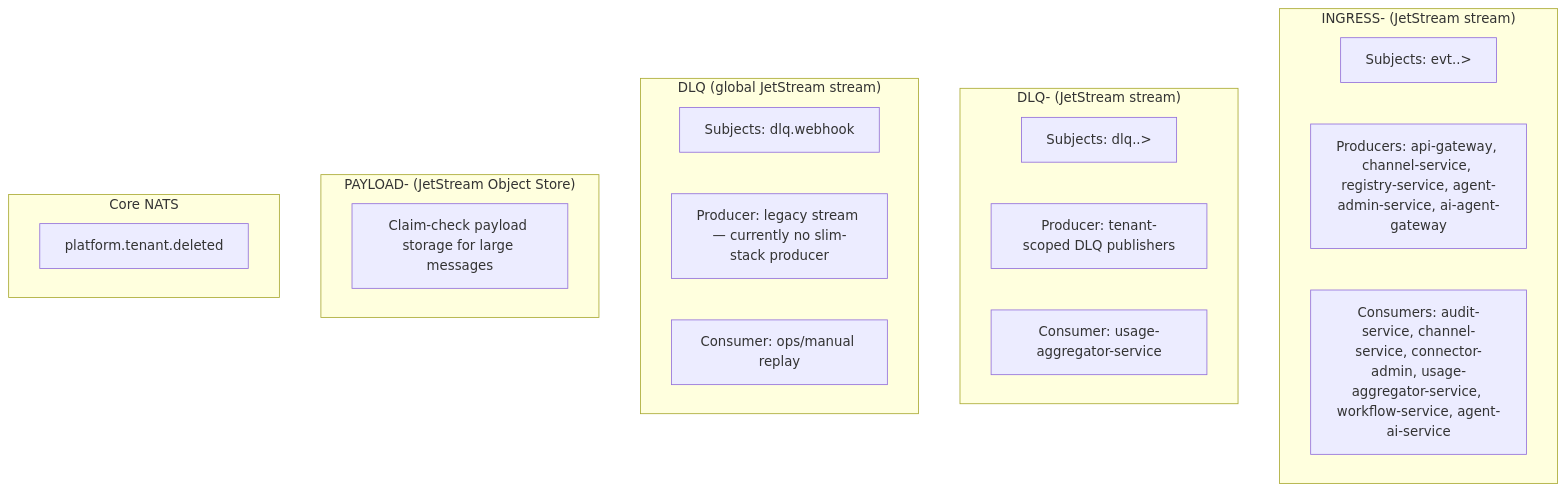
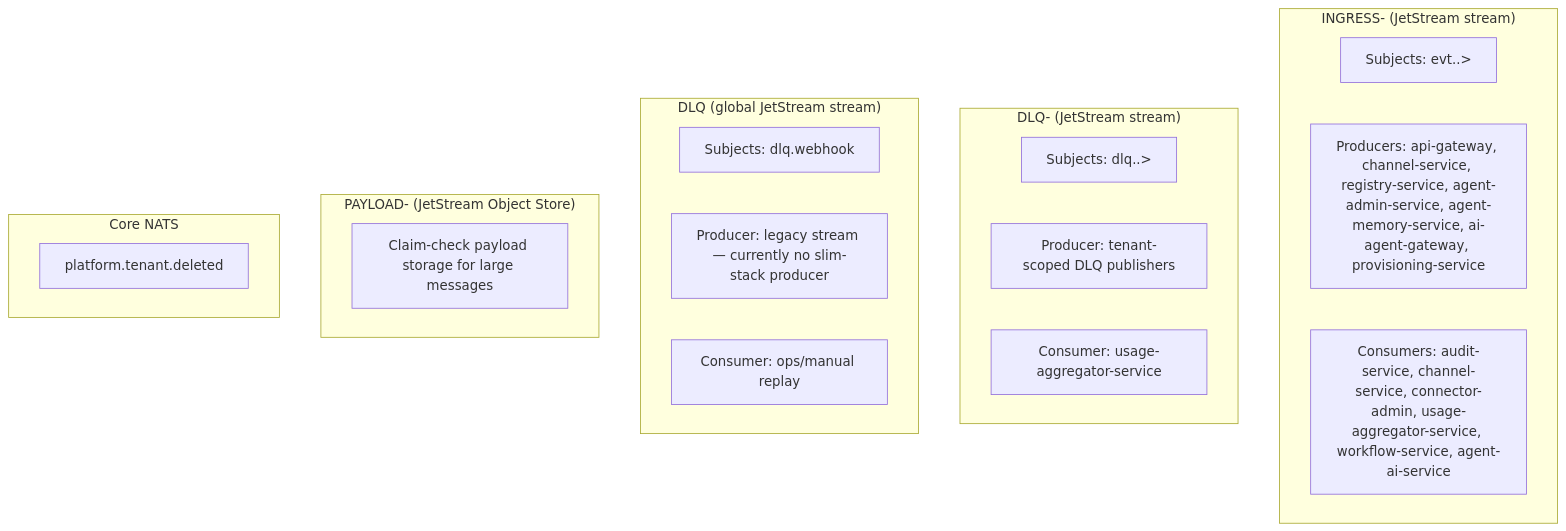
Before and after one commit to ccarnero/colloqui: the diagram in DOCS/messaging/service-bus.md, drawn with Mermaid. The commit also changed other lines of this file and 3 other files, not shown here.

````diff
--- a/DOCS/messaging/service-bus.md
+++ b/DOCS/messaging/service-bus.md
@@ -82,28 +82,28 @@
 ```mermaid
 flowchart TD
     subgraph ingress["INGRESS-<tenant> (JetStream stream)"]
         in_subj[Subjects: evt.<tenant>.>]
-        in_prod[Producers: api-gateway, channel-service, registry-service, agent-admin-service, ai-agent-gateway]
+        in_prod[Producers: api-gateway, channel-service, registry-service, agent-admin-service, agent-memory-service, ai-agent-gateway, provisioning-service]
         in_cons[Consumers: audit-service, channel-service, connector-admin, usage-aggregator-service, workflow-service, agent-ai-service]
     end
 
     subgraph dlqt["DLQ-<tenant> (JetStream stream)"]
         dlqt_subj[Subjects: dlq.<tenant>.>]
         dlqt_prod[Producer: tenant-scoped DLQ publishers]
         dlqt_cons[Consumer: usage-aggregator-service]
     end
 
     subgraph dlqg["DLQ (global JetStream stream)"]
         dlqg_subj[Subjects: dlq.webhook]
         dlqg_prod[Producer: legacy stream — currently no slim-stack producer]
         dlqg_cons[Consumer: ops/manual replay]
     end
 
     subgraph payload["PAYLOAD-<tenant> (JetStream Object Store)"]
         payload_role[Claim-check payload storage for large messages]
     end
 
     subgraph core["Core NATS"]
         core_subj[platform.tenant.deleted]
     end
 ```
````
